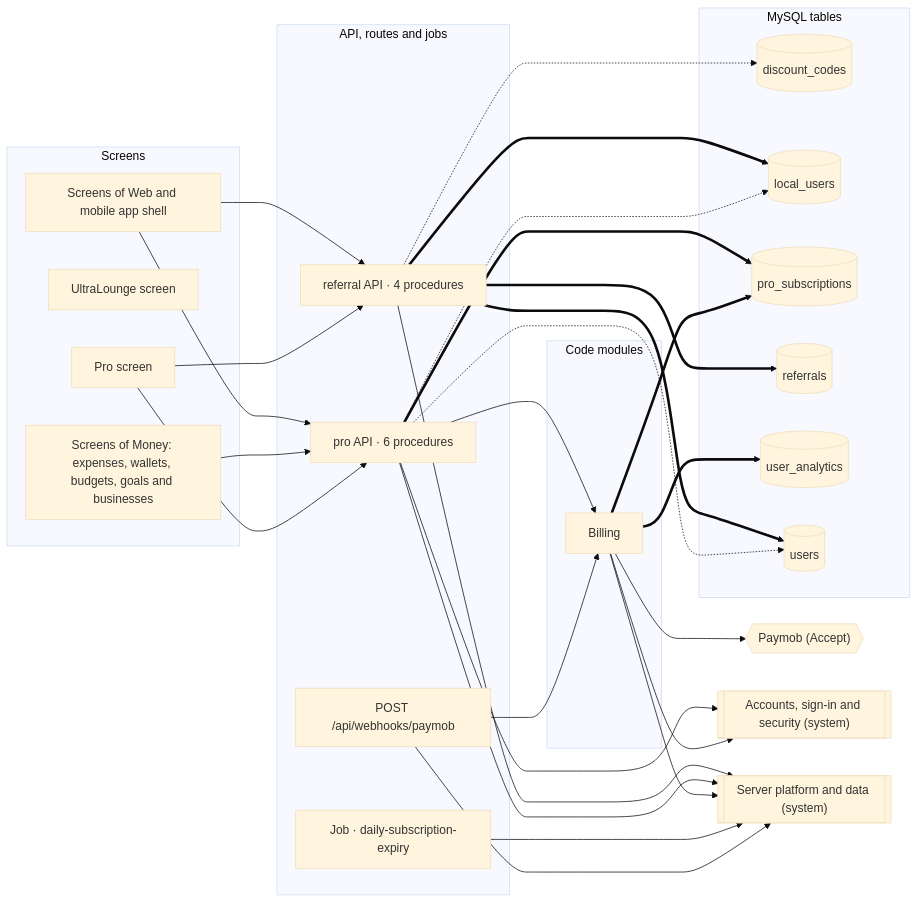
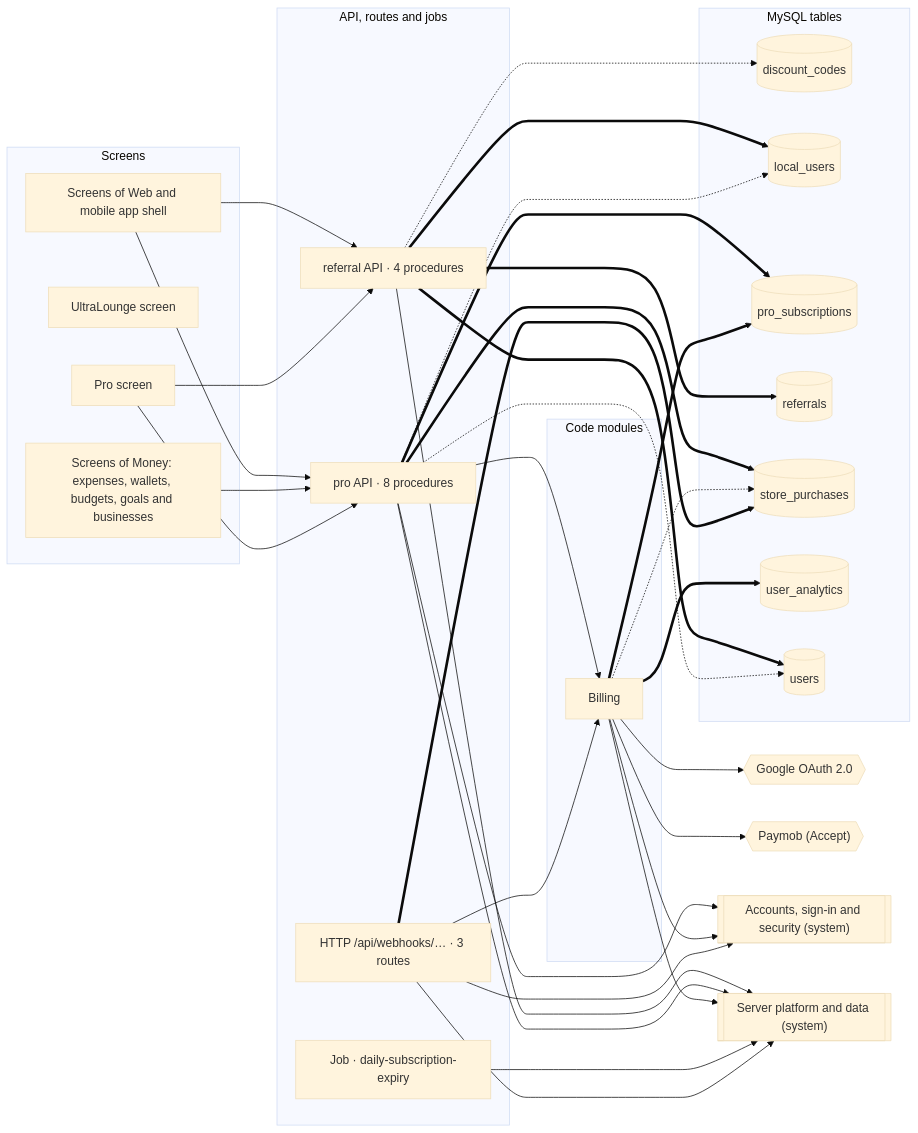
Before and after one commit to mahmoudtaherr111/smartspend_mini_all: the first of 2 diagrams in docs/atlas/systems/billing.md, drawn with Mermaid (base theme). The commit also changed other lines of this file and 227 other files, not shown here.

````diff
--- a/docs/atlas/systems/billing.md
+++ b/docs/atlas/systems/billing.md
@@ -13,53 +13,60 @@
 ```mermaid
 flowchart LR
   subgraph g_screens["Screens"]
     page_Pro["Pro screen"]
     page_UltraLounge["UltraLounge screen"]
     screens_money["Screens of Money: expenses, wallets, budgets, goals and businesses"]
     screens_web_app["Screens of Web and mobile app shell"]
   end
   subgraph g_api["API, routes and jobs"]
-    http__api_webhooks["POST /api/webhooks/paymob"]
+    http__api_webhooks["HTTP /api/webhooks/… · 3 routes"]
     job_daily_subscription_expiry["Job · daily-subscription-expiry"]
-    router_pro["pro API · 6 procedures"]
+    router_pro["pro API · 8 procedures"]
     router_referral["referral API · 4 procedures"]
   end
   subgraph g_modules["Code modules"]
     mod_billing["Billing"]
   end
   subgraph g_tables["MySQL tables"]
     tbl_discount_codes[("discount_codes")]
     tbl_local_users[("local_users")]
     tbl_pro_subscriptions[("pro_subscriptions")]
     tbl_referrals[("referrals")]
+    tbl_store_purchases[("store_purchases")]
     tbl_user_analytics[("user_analytics")]
     tbl_users[("users")]
   end
+  ext_google_oauth{{"Google OAuth 2.0"}}
   ext_paymob{{"Paymob (Accept)"}}
   sys_accounts[["Accounts, sign-in and security (system)"]]
   sys_platform[["Server platform and data (system)"]]
   http__api_webhooks --> mod_billing
+  http__api_webhooks --> sys_accounts
   http__api_webhooks --> sys_platform
+  http__api_webhooks ==> tbl_store_purchases
   job_daily_subscription_expiry --> sys_platform
+  mod_billing --> ext_google_oauth
   mod_billing --> ext_paymob
   mod_billing --> sys_accounts
   mod_billing --> sys_platform
+  mod_billing -.-> tbl_store_purchases
   mod_billing ==> tbl_pro_subscriptions
   mod_billing ==> tbl_user_analytics
   page_Pro --> router_pro
   page_Pro --> router_referral
   router_pro --> mod_billing
   router_pro --> sys_accounts
   router_pro --> sys_platform
   router_pro -.-> tbl_local_users
   router_pro -.-> tbl_users
   router_pro ==> tbl_pro_subscriptions
+  router_pro ==> tbl_store_purchases
   router_referral --> sys_platform
   router_referral -.-> tbl_discount_codes
   router_referral ==> tbl_local_users
   router_referral ==> tbl_referrals
   router_referral ==> tbl_users
   screens_money --> router_pro
   screens_web_app --> router_pro
   screens_web_app --> router_referral
 ```
````
